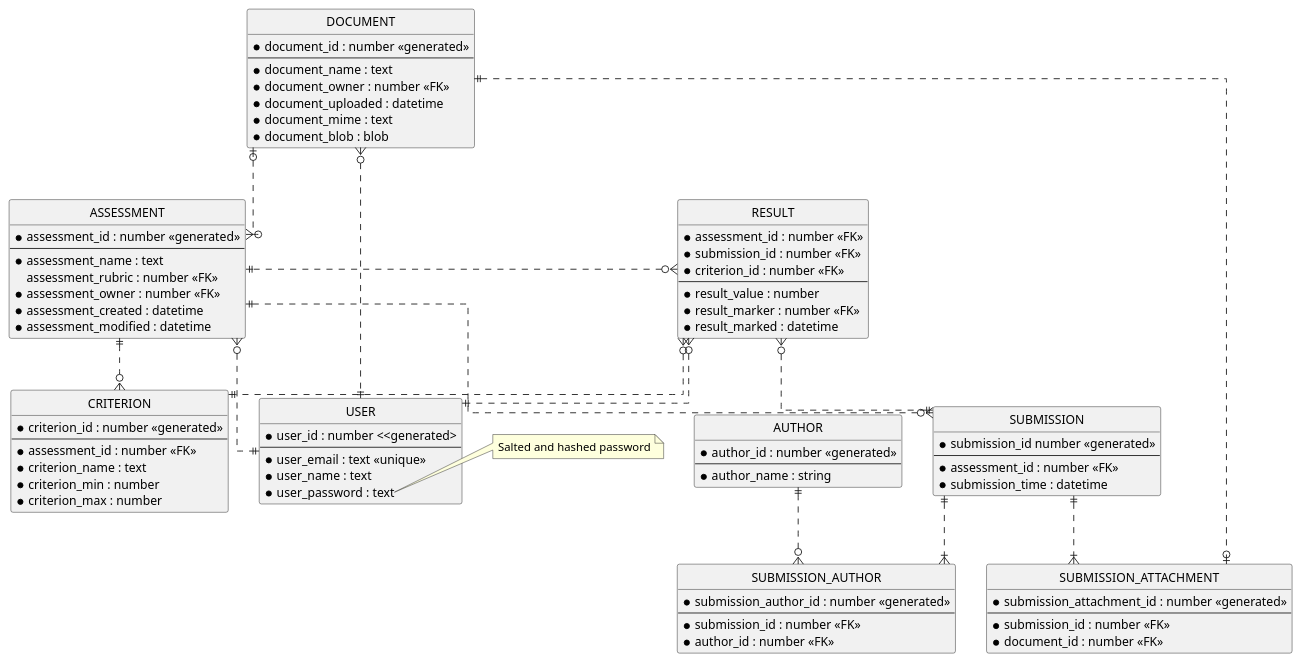
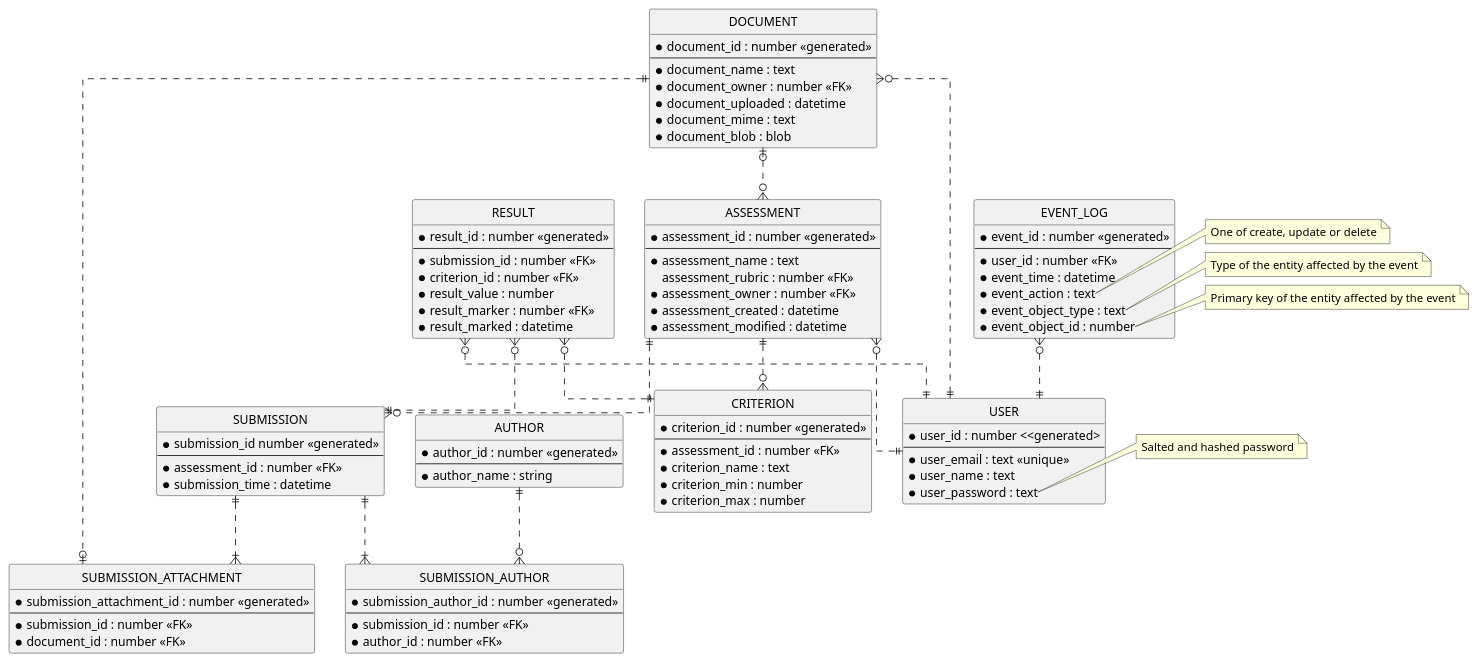
The diagram in docs/erd.puml (Darren-cy/monash_final_proj_2024), drawn with PlantUML before and after one commit.

Commit message:
Added an event logging entity

```diff
--- a/docs/erd.puml
+++ b/docs/erd.puml
@@ -1,108 +1,129 @@
 @startuml
   ' hide the spot
   hide circle
   ' avoid problems with angled crows feet
   skinparam linetype ortho
 
   entity USER {
     * user_id : number <<generated>
     ---
     * user_email : text <<unique>>
     * user_name : text
     * user_password : text
   }
   note right of USER::user_password
     Salted and hashed password
   end note
 
 
   entity DOCUMENT {
     * document_id : number <<generated>>
     ---
     * document_name : text
     * document_owner : number <<FK>>
     * document_uploaded : datetime
     * document_mime : text
     * document_blob : blob
   }
   DOCUMENT }o..|| USER
 
 
   together {
     entity ASSESSMENT {
       * assessment_id : number <<generated>>
       ---
       * assessment_name : text
       assessment_rubric : number <<FK>>
       * assessment_owner : number <<FK>>
       * assessment_created : datetime
       * assessment_modified : datetime
     }
     DOCUMENT |o..o{ ASSESSMENT
     ASSESSMENT }o..|| USER
 
 
     entity CRITERION {
       * criterion_id : number <<generated>>
       ---
       * assessment_id : number <<FK>>
       * criterion_name : text
       * criterion_min : number
       * criterion_max : number
     }
     ASSESSMENT ||..o{ CRITERION
   }
 
 
   together {
     entity AUTHOR {
       * author_id : number <<generated>>
       ---
       * author_name : string
     }
   
   
     entity SUBMISSION {
       * submission_id number <<generated>>
       ---
       * assessment_id : number <<FK>>
       * submission_time : datetime
     }
     ASSESSMENT ||..o{ SUBMISSION
 
 
     entity SUBMISSION_AUTHOR {
       * submission_author_id : number <<generated>>
       ---
       * submission_id : number <<FK>>
       * author_id : number <<FK>>
     }
     SUBMISSION ||..|{ SUBMISSION_AUTHOR
     AUTHOR ||..o{ SUBMISSION_AUTHOR
 
 
     entity SUBMISSION_ATTACHMENT {
       * submission_attachment_id : number <<generated>>
       ---
       * submission_id : number <<FK>>
       * document_id : number <<FK>>
     }
     SUBMISSION ||..|{ SUBMISSION_ATTACHMENT
     DOCUMENT ||..o| SUBMISSION_ATTACHMENT
 
 
     entity RESULT {
-      * assessment_id : number <<FK>>
+      * result_id : number <<generated>>
+      ---
       * submission_id : number <<FK>>
       * criterion_id : number <<FK>>
-      ---
       * result_value : number
       * result_marker : number <<FK>>
       * result_marked : datetime
     }
-    RESULT }o..|| ASSESSMENT
     RESULT }o..|| CRITERION
     RESULT }o..|| SUBMISSION
     RESULT }o..|| USER
   }
+
+together {  
+    entity EVENT_LOG {
+      * event_id : number <<generated>>
+      ---
+      * user_id : number <<FK>>
+      * event_time : datetime
+      * event_action : text
+      * event_object_type : text
+      * event_object_id : number 
+    }
+    EVENT_LOG }o..|| USER
+    note right of EVENT_LOG::event_action
+      One of create, update or delete
+    end note
+    note right of EVENT_LOG::event_object_type
+      Type of the entity affected by the event
+    end note
+    note right of EVENT_LOG::event_object_id
+      Primary key of the entity affected by the event
+    end note
+  }  
 @enduml
```
